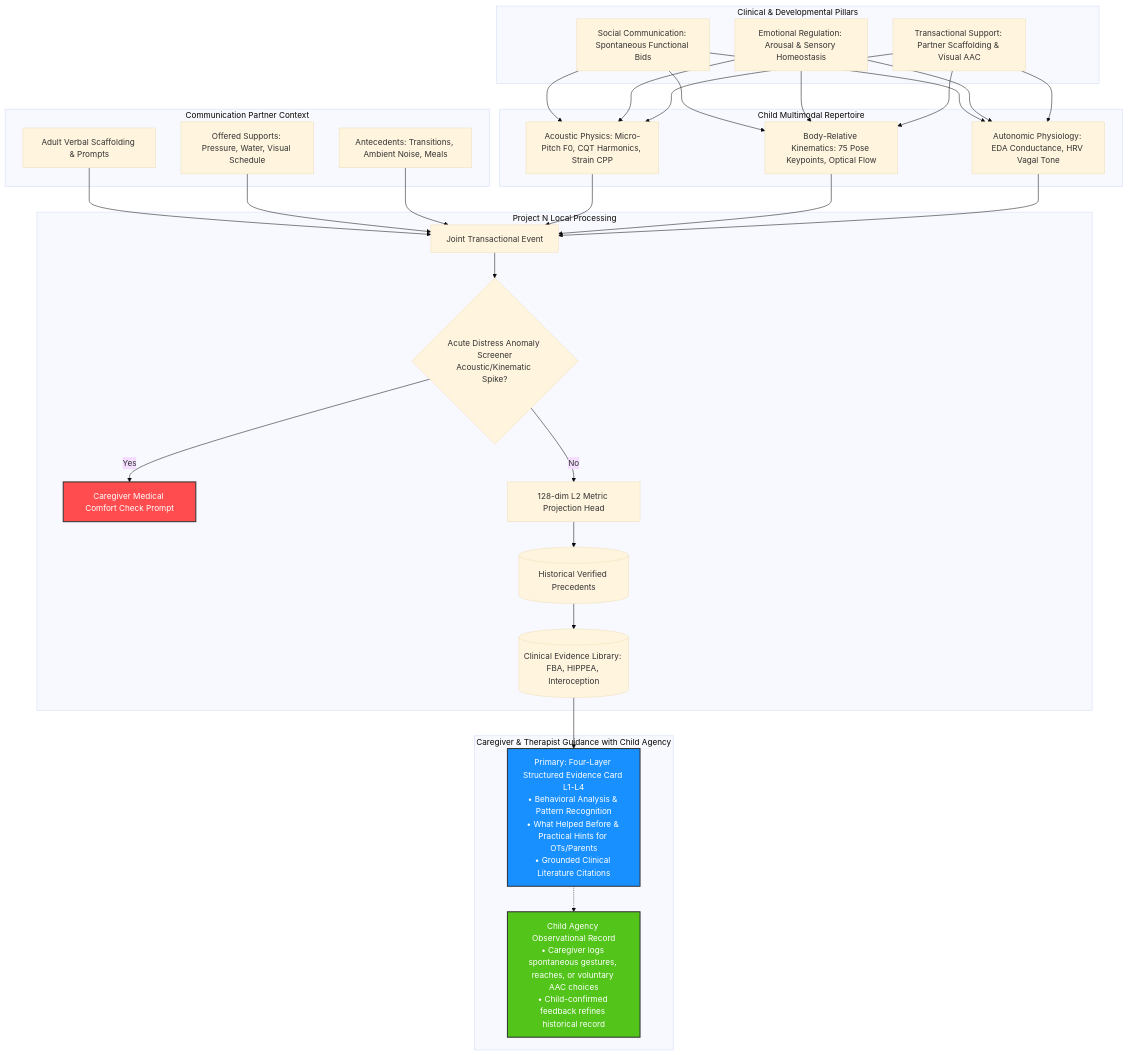
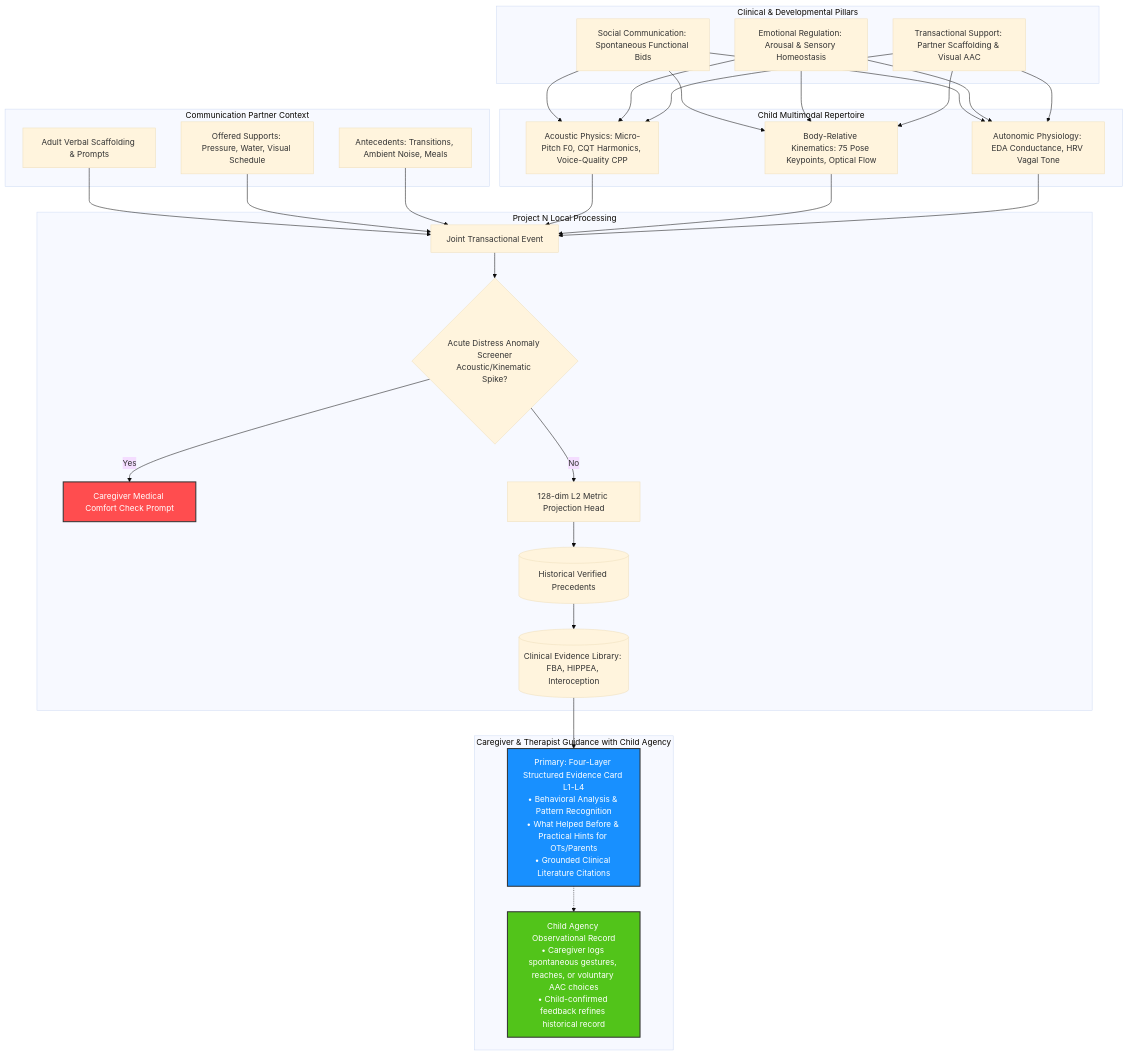
Before and after one commit to olostan/project_n: the second of 4 diagrams in docs/WHITE_PAPER.md, drawn with Mermaid (base theme). The commit also changed other lines of this file and 14 other files, not shown here.

````diff
--- a/docs/WHITE_PAPER.md
+++ b/docs/WHITE_PAPER.md
@@ -59,41 +59,41 @@
 ```mermaid
 graph TD
     subgraph SCERTS Foundation [Clinical & Developmental Pillars]
         SC[Social Communication: Spontaneous Functional Bids]
         ER[Emotional Regulation: Arousal & Sensory Homeostasis]
         TS[Transactional Support: Partner Scaffolding & Visual AAC]
     end
 
     subgraph Sensory Observables [Child Multimodal Repertoire]
-        Acoustic[Acoustic Physics: Micro-Pitch F0, CQT Harmonics, Strain CPP]
+        Acoustic[Acoustic Physics: Micro-Pitch F0, CQT Harmonics, Voice-Quality CPP]
         Kinematic[Body-Relative Kinematics: 75 Pose Keypoints, Optical Flow]
         Physio[Autonomic Physiology: EDA Conductance, HRV Vagal Tone]
     end
 
     subgraph Partner Dynamics [Communication Partner Context]
         AdultWords[Adult Verbal Scaffolding & Prompts]
         AdultActions[Offered Supports: Pressure, Water, Visual Schedule]
         Environment[Antecedents: Transitions, Ambient Noise, Meals]
     end
 
     SC & ER & TS --> Acoustic & Kinematic & Physio
     AdultWords & AdultActions & Environment --> JointEvent[Joint Transactional Event]
     Acoustic & Kinematic & Physio --> JointEvent
 
     subgraph Analytical Core [Project N Local Processing]
         JointEvent --> SafetyGate{Acute Distress Anomaly Screener<br/>Acoustic/Kinematic Spike?}
         SafetyGate -->|Yes| MedicalCard[Caregiver Medical Comfort Check Prompt]
         SafetyGate -->|No| MetricHead[128-dim L2 Metric Projection Head]
         MetricHead --> EpisodicMemory[(Historical Verified Precedents)]
         EpisodicMemory --> RAG[(Clinical Evidence Library: FBA, HIPPEA, Interoception)]
     end
 
     subgraph Empowerment [Caregiver & Therapist Guidance with Child Agency]
         RAG --> CaregiverCard[Primary: Four-Layer Structured Evidence Card L1-L4<br/>• Behavioral Analysis & Pattern Recognition<br/>• What Helped Before & Practical Hints for OTs/Parents<br/>• Grounded Clinical Literature Citations]
         CaregiverCard -.-> ChildResponse[Child Agency Observational Record<br/>• Caregiver logs spontaneous gestures, reaches, or voluntary AAC choices<br/>• Child-confirmed feedback refines historical record]
     end
 
     style MedicalCard fill:#ff4d4f,color:#fff,stroke:#333,stroke-width:2px
     style ChildResponse fill:#52c41a,color:#fff,stroke:#333,stroke-width:2px
     style CaregiverCard fill:#1890ff,color:#fff,stroke:#333,stroke-width:2px
 ```
````
